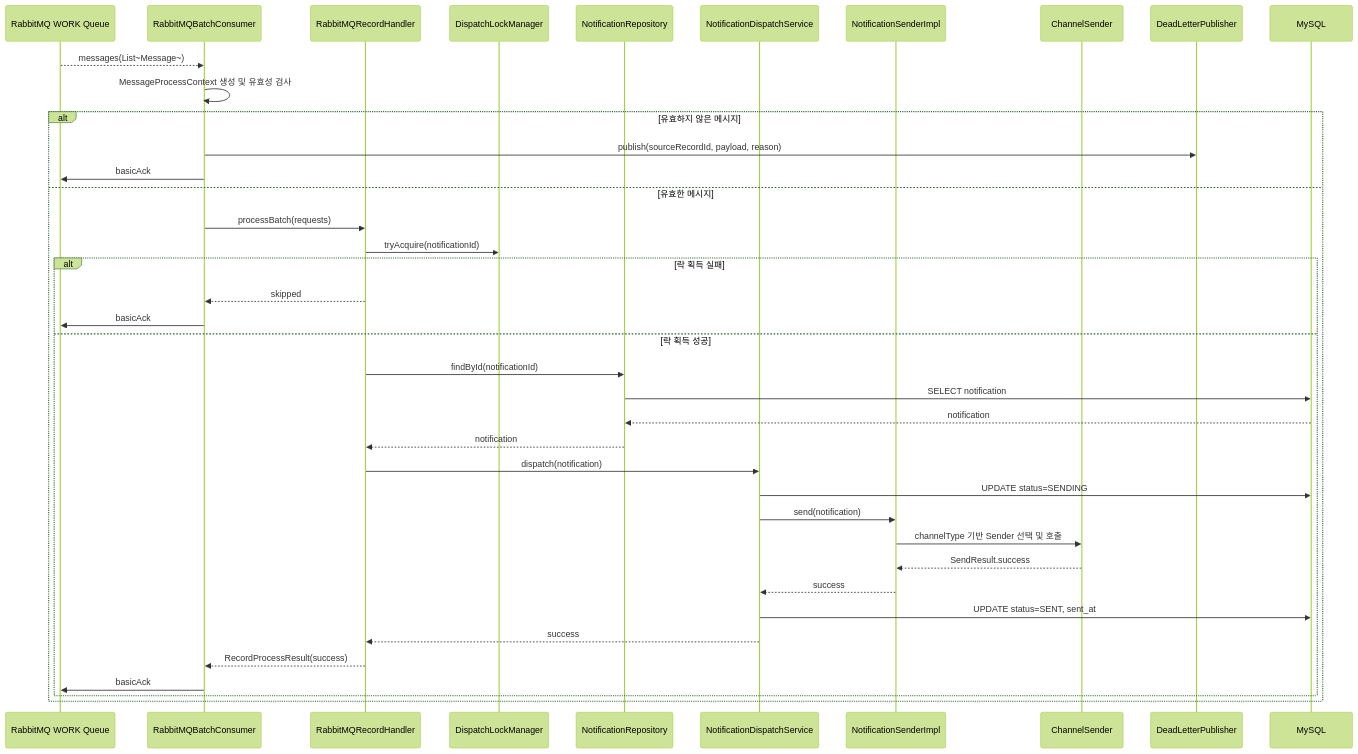
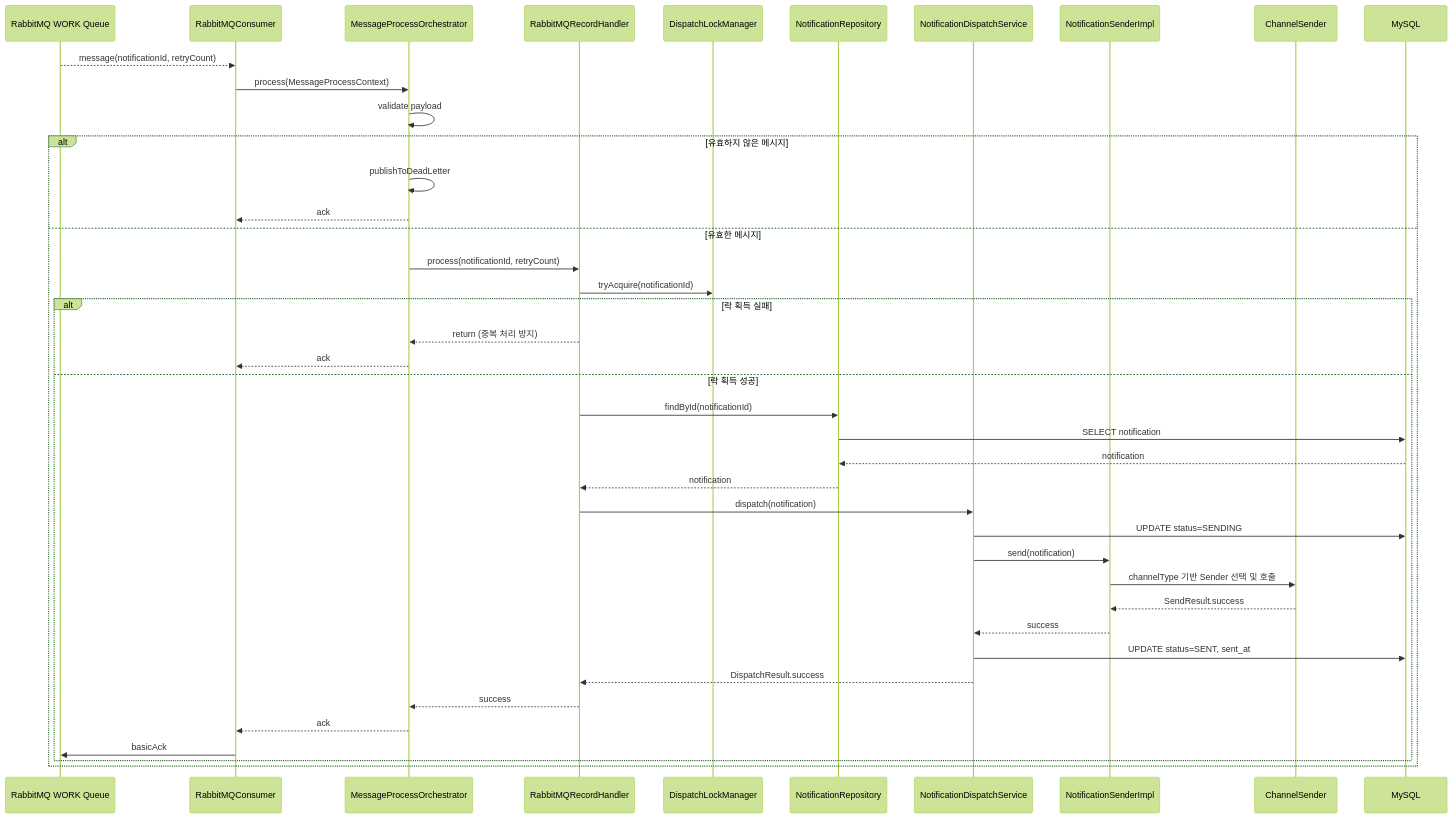
The third of 7 diagrams in docs/02-sequence-diagrams.md (yht0827/notification-dispatcher), drawn with Mermaid (forest theme) before and after one commit. The commit also changed other lines of this file and 11 other files, not shown here.

````diff
--- a/docs/02-sequence-diagrams.md
+++ b/docs/02-sequence-diagrams.md
@@ -103,46 +103,48 @@
 ```mermaid
 sequenceDiagram
     participant RS as RabbitMQ WORK Queue
-    participant C as RabbitMQBatchConsumer
+    participant C as RabbitMQConsumer
+    participant O as MessageProcessOrchestrator
     participant H as RabbitMQRecordHandler
     participant L as DispatchLockManager
     participant NR as NotificationRepository
     participant DS as NotificationDispatchService
     participant SA as NotificationSenderImpl
     participant CS as ChannelSender
-    participant DLQ as DeadLetterPublisher
     participant DB as MySQL
 
-    RS-->>C: messages(List~Message~)
-    C->>C: MessageProcessContext 생성 및 유효성 검사
+    RS-->>C: message(notificationId, retryCount)
+    C->>O: process(MessageProcessContext)
+    O->>O: validate payload
 
     alt 유효하지 않은 메시지
-        C->>DLQ: publish(sourceRecordId, payload, reason)
-        C->>RS: basicAck
+        O->>O: publishToDeadLetter
+        O-->>C: ack
     else 유효한 메시지
-        C->>H: processBatch(requests)
+        O->>H: process(notificationId, retryCount)
         H->>L: tryAcquire(notificationId)
 
         alt 락 획득 실패
-            H-->>C: skipped
-            C->>RS: basicAck
+            H-->>O: return (중복 처리 방지)
+            O-->>C: ack
         else 락 획득 성공
             H->>NR: findById(notificationId)
             NR->>DB: SELECT notification
             DB-->>NR: notification
             NR-->>H: notification
 
             H->>DS: dispatch(notification)
             DS->>DB: UPDATE status=SENDING
             DS->>SA: send(notification)
             SA->>CS: channelType 기반 Sender 선택 및 호출
             CS-->>SA: SendResult.success
             SA-->>DS: success
             DS->>DB: UPDATE status=SENT, sent_at
-            DS-->>H: success
+            DS-->>H: DispatchResult.success
 
-            H-->>C: RecordProcessResult(success)
+            H-->>O: success
+            O-->>C: ack
             C->>RS: basicAck
         end
     end
 ```
````
